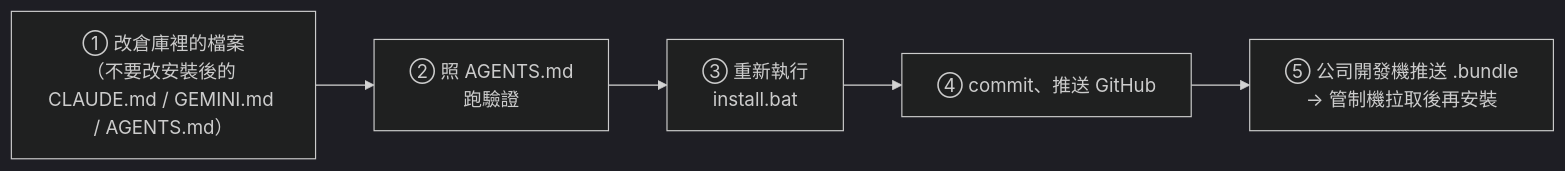
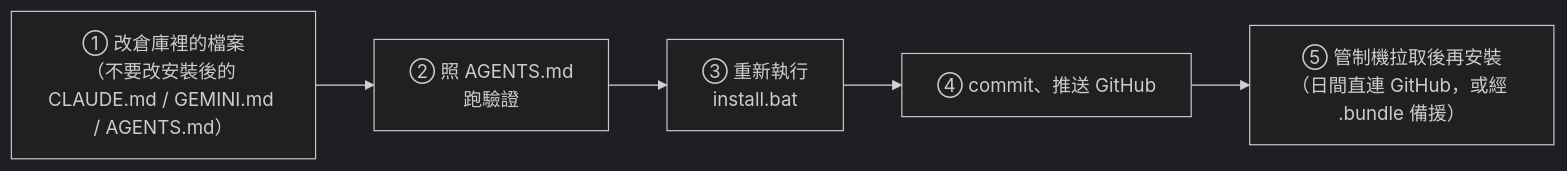
Before and after one commit to erniesu8090-beep/ai.agent_rules: the third of 4 diagrams in README.md, drawn with Mermaid (dark theme). The commit also changed other lines of this file and 23 other files, not shown here.

````diff
--- a/README.md
+++ b/README.md
@@ -178,4 +187,4 @@
 ```mermaid
 flowchart LR
-  E["① 改倉庫裡的檔案<br/>（不要改安裝後的 CLAUDE.md / GEMINI.md / AGENTS.md）"] --> V["② 照 AGENTS.md<br/>跑驗證"] --> R["③ 重新執行<br/>install.bat"] --> P["④ commit、推送 GitHub"] --> B["⑤ 公司開發機推送 .bundle<br/>→ 管制機拉取後再安裝"]
+  E["① 改倉庫裡的檔案<br/>（不要改安裝後的 CLAUDE.md / GEMINI.md / AGENTS.md）"] --> V["② 照 AGENTS.md<br/>跑驗證"] --> R["③ 重新執行<br/>install.bat"] --> P["④ commit、推送 GitHub"] --> B["⑤ 管制機拉取後再安裝<br/>（日間直連 GitHub，或經 .bundle 備援）"]
 ```
````
